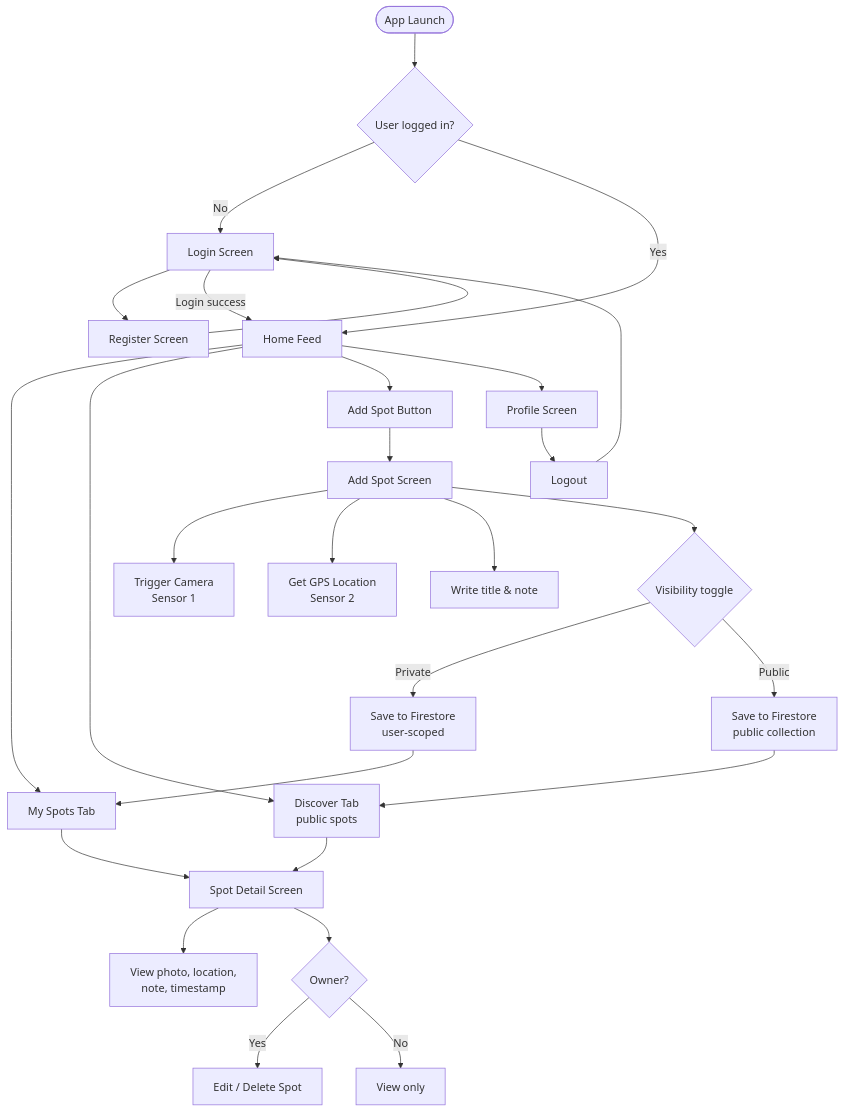
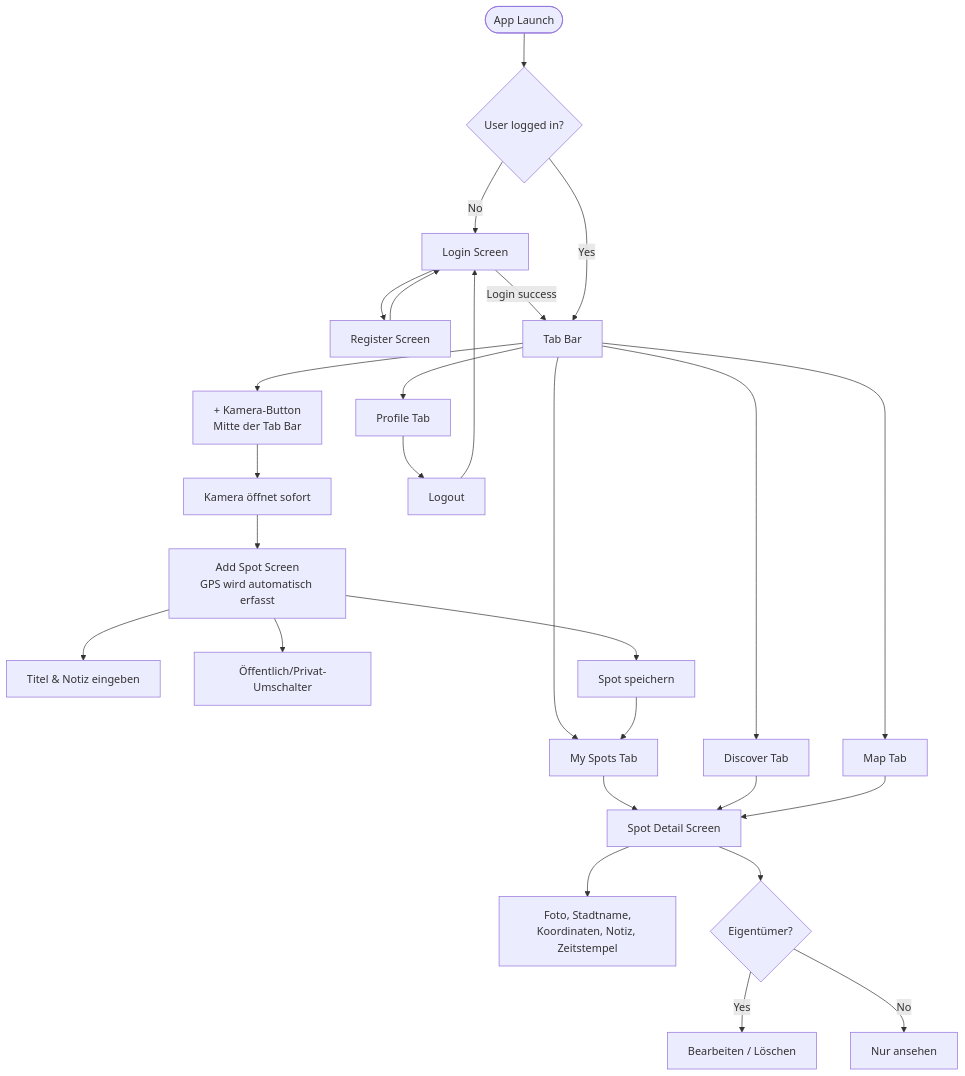
Before and after one commit to fjzen/SpotSave: the diagram in docs/planning.de.md, drawn with Mermaid. The commit also changed other lines of this file and 44 other files, not shown here.

First line of the commit message:
feat: dark mode, camera-first flow, dual-pin map, SDK downgrade, rename

````diff
--- a/docs/planning.de.md
+++ b/docs/planning.de.md
@@ -33,36 +34,35 @@
 ```mermaid
 flowchart TD
     A([App Launch]) --> B{User logged in?}
 
     B -- No --> C[Login Screen]
     C --> D[Register Screen]
     D --> C
     C -- Login success --> E
 
-    B -- Yes --> E[Home Feed]
+    B -- Yes --> E[Tab Bar]
 
     E --> F[My Spots Tab]
-    E --> G[Discover Tab\npublic spots]
-    E --> H[Add Spot Button]
+    E --> G[Discover Tab]
+    E --> H[+ Kamera-Button\nMitte der Tab Bar]
+    E --> I[Map Tab]
+    E --> J[Profile Tab]
 
-    H --> I[Add Spot Screen]
-    I --> I1[Trigger Camera\nSensor 1]
-    I --> I2[Get GPS Location\nSensor 2]
-    I --> I3[Write title & note]
-    I --> I4{Visibility toggle}
-    I4 -- Private --> I5[Save to Firestore\nuser-scoped]
-    I4 -- Public --> I6[Save to Firestore\npublic collection]
-    I5 --> F
-    I6 --> G
+    H --> K[Kamera öffnet sofort]
+    K --> L[Add Spot Screen\nGPS wird automatisch erfasst]
+    L --> L1[Titel & Notiz eingeben]
+    L --> L2[Öffentlich/Privat-Umschalter]
+    L --> L3[Spot speichern]
+    L3 --> F
 
-    F --> J[Spot Detail Screen]
-    G --> J
-    J --> K[View photo, location,\nnote, timestamp]
-    J --> L{Owner?}
-    L -- Yes --> M[Edit / Delete Spot]
-    L -- No --> N[View only]
+    F --> M[Spot Detail Screen]
+    G --> M
+    I --> M
+    M --> N[Foto, Stadtname,\nKoordinaten, Notiz, Zeitstempel]
+    M --> O{Eigentümer?}
+    O -- Yes --> P[Bearbeiten / Löschen]
+    O -- No --> Q[Nur ansehen]
 
-    E --> O[Profile Screen]
-    O --> P[Logout]
-    P --> C
+    J --> R[Logout]
+    R --> C
 ```
````
